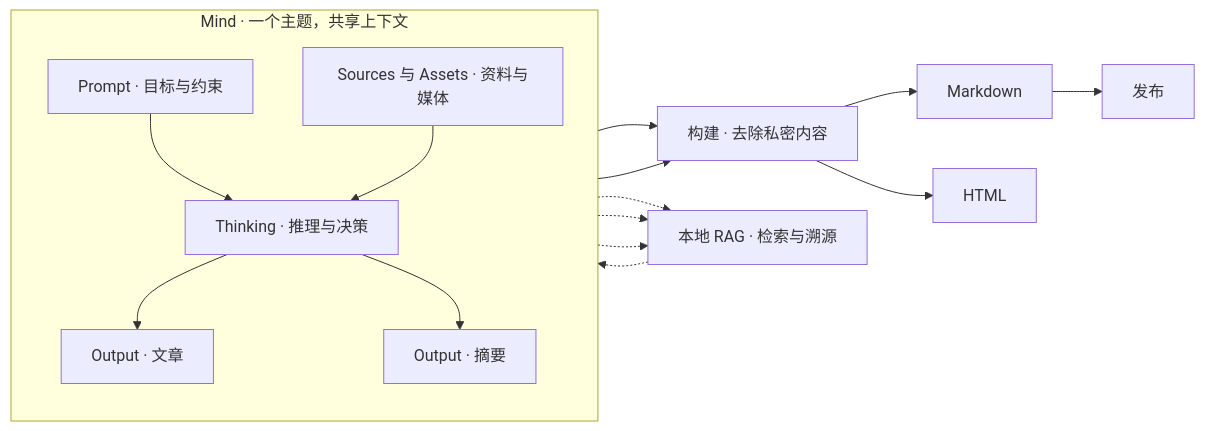
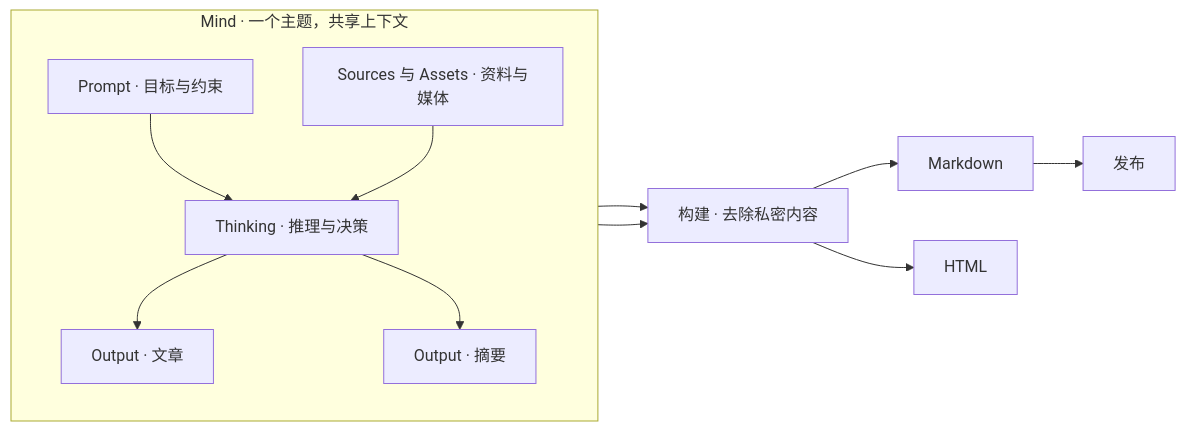
Before and after one commit to alswl/mind-forge: the first of 2 diagrams in README.zh-CN.md, drawn with Mermaid. The commit also changed other lines of this file and 122 other files, not shown here.

````diff
--- a/README.zh-CN.md
+++ b/README.zh-CN.md
@@ -12,19 +12,15 @@
 ```mermaid
 flowchart LR
   subgraph Mind["Mind · 一个主题，共享上下文"]
     direction TB
     Intent["Prompt · 目标与约束"] --> Reason["Thinking · 推理与决策"]
     Evidence["Sources 与 Assets · 资料与媒体"] --> Reason
     Reason --> Article["Output · 文章"]
     Reason --> Summary["Output · 摘要"]
   end
   Article --> Build["构建 · 去除私密内容"]
   Summary --> Build
   Build --> MD[Markdown]
   Build --> HTML[HTML]
   MD --> Publish[发布]
-  Evidence -.-> Search["本地 RAG · 检索与溯源"]
-  Article -.-> Search
-  Summary -.-> Search
-  Search -.-> Reason
 ```
````
